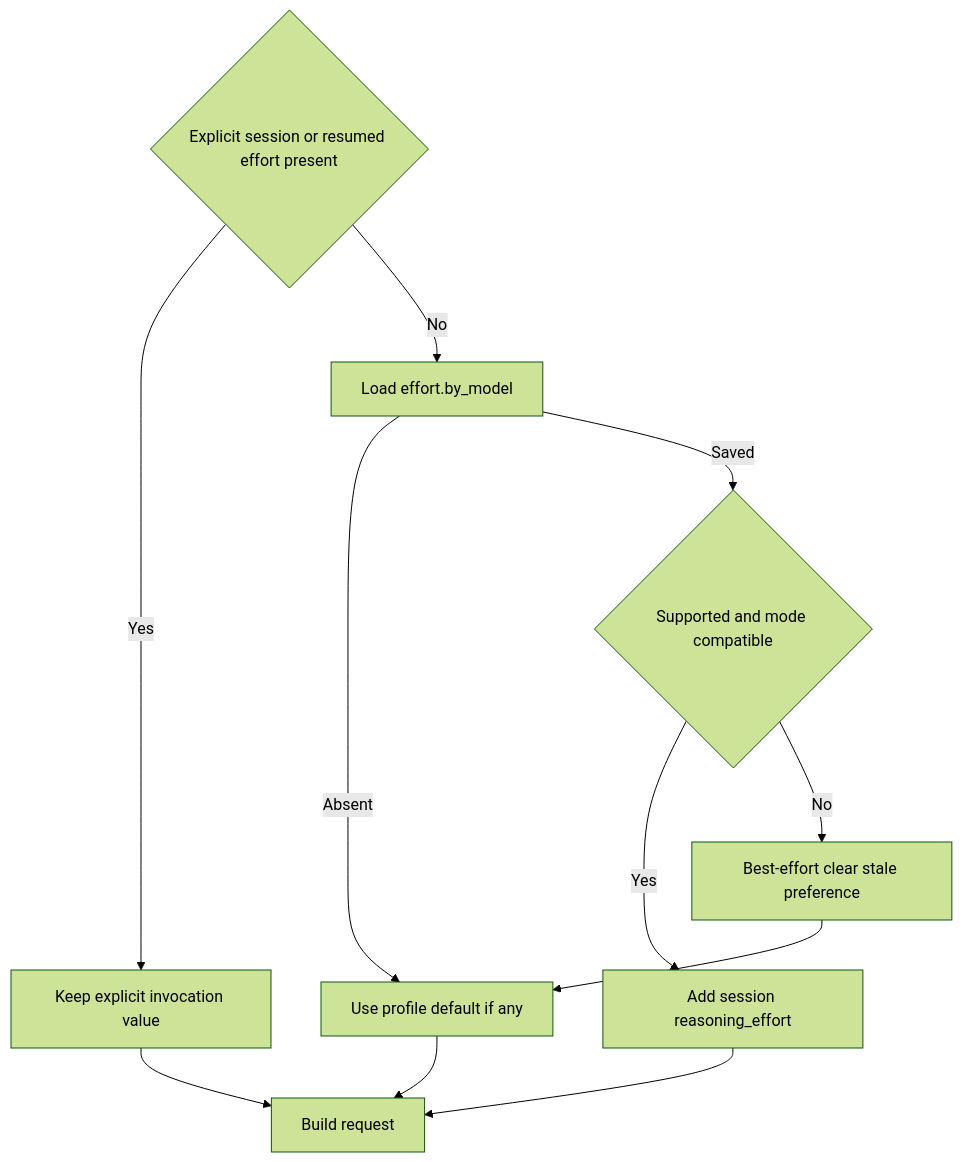
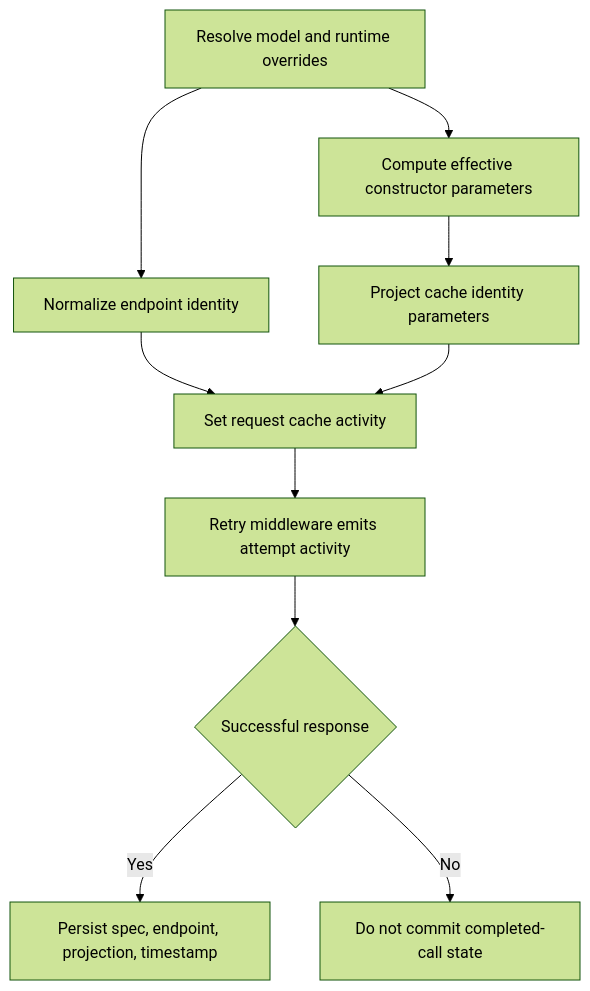
One commit to langchain-ai/deepagents changed the third of 3 diagrams in openwiki/concepts/profiles-models.md. Above: the diagram before and after it, drawn with Mermaid (forest theme). The commit also changed other lines of this file and 35 other files, not shown here.

````diff
--- a/openwiki/concepts/profiles-models.md
+++ b/openwiki/concepts/profiles-models.md
@@ -145,14 +130,12 @@
 ```mermaid
 flowchart TD
-    Params{"Explicit session or resumed effort present"}
-    Params -->|Yes| Keep["Keep explicit invocation value"]
-    Params -->|No| Load["Load effort.by_model"]
-    Load -->|Absent| Default["Use profile default if any"]
-    Load -->|Saved| Valid{"Supported and mode compatible"}
-    Valid -->|Yes| Restore["Add session reasoning_effort"]
-    Valid -->|No| Clear["Best-effort clear stale preference"]
-    Restore --> Request["Build request"]
-    Keep --> Request
-    Default --> Request
-    Clear --> Default
+    Resolve["Resolve model and runtime overrides"] --> Effective["Compute effective constructor parameters"]
+    Effective --> Project["Project cache identity parameters"]
+    Resolve --> Endpoint["Normalize endpoint identity"]
+    Endpoint --> Activity["Set request cache activity"]
+    Project --> Activity
+    Activity --> Attempt["Retry middleware emits attempt activity"]
+    Attempt --> Result{"Successful response"}
+    Result -->|Yes| Checkpoint["Persist spec, endpoint, projection, timestamp"]
+    Result -->|No| NoCheckpoint["Do not commit completed-call state"]
 ```
````
